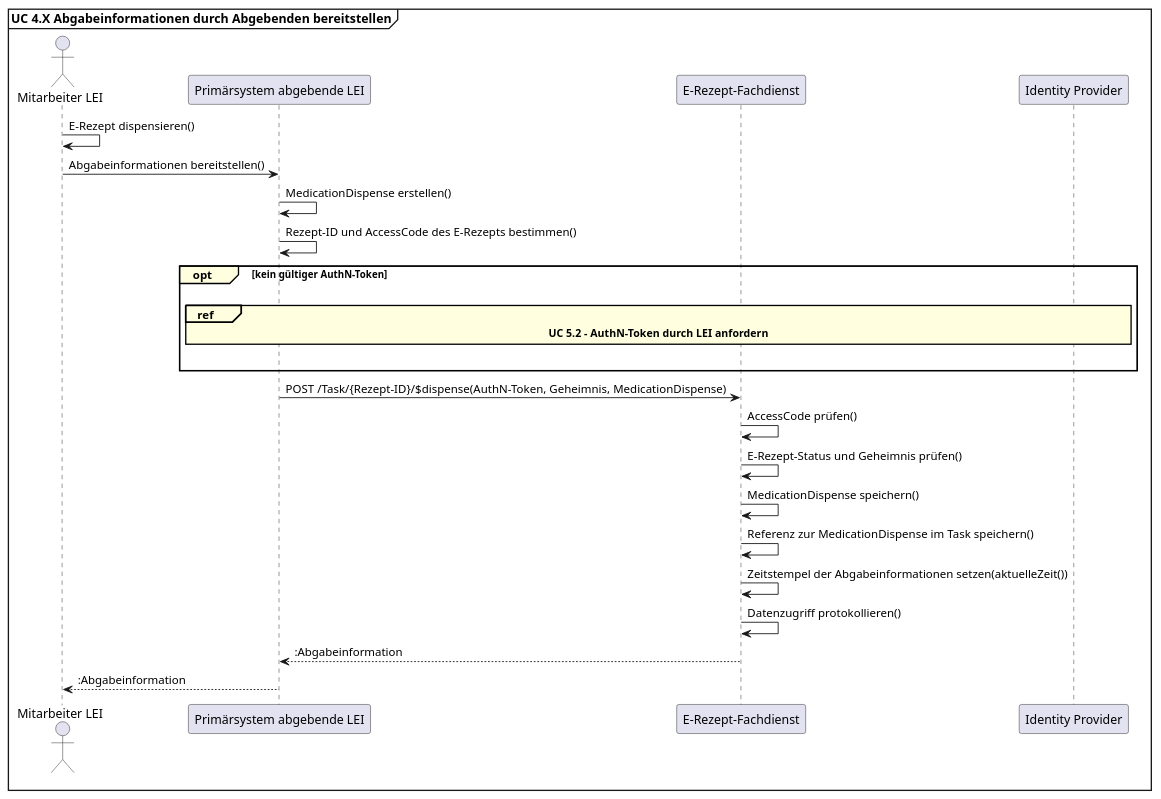
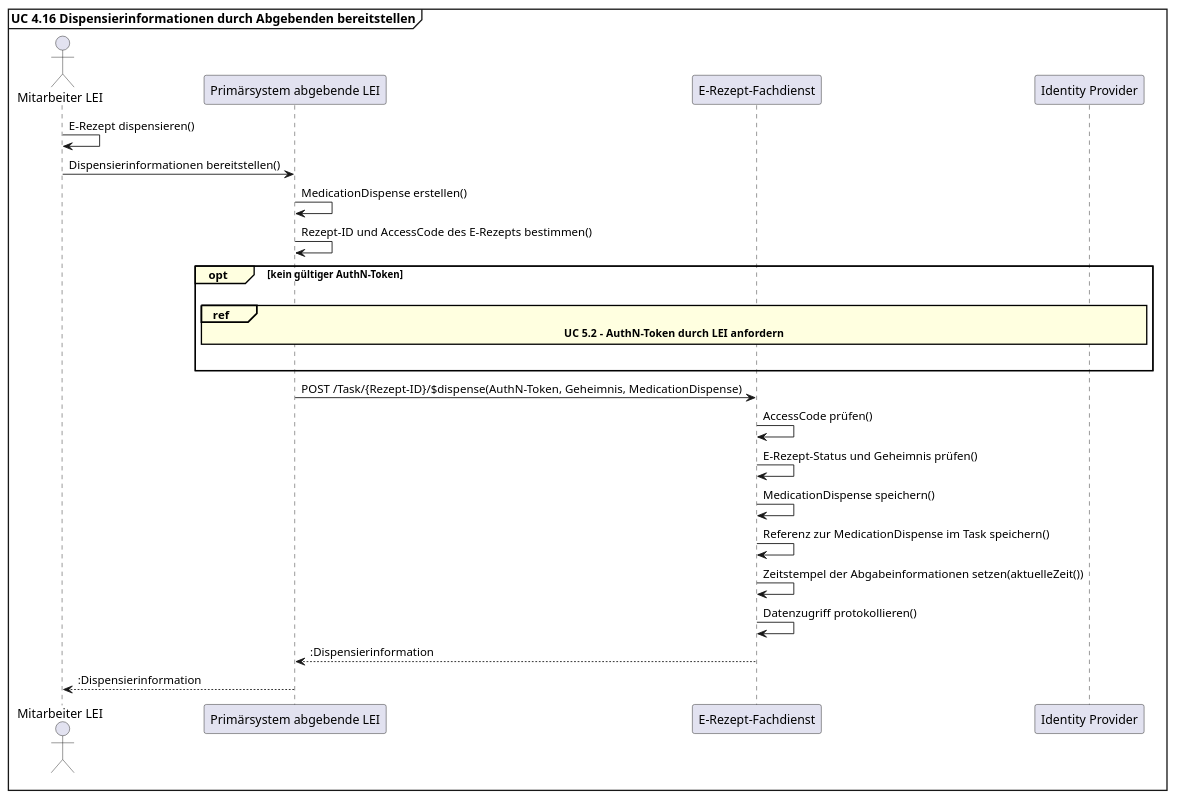
The diagram in puml/uc_abgabeinformationen_bereitstellen.puml (gematik/api-erp), drawn with PlantUML before and after one commit. The commit also changed 1 other file, not shown here.

Commit message:
update betitelung dispensierinformationen

```diff
--- a/puml/uc_abgabeinformationen_bereitstellen.puml
+++ b/puml/uc_abgabeinformationen_bereitstellen.puml
@@ -1,30 +1,30 @@
-@startuml Abgabeinformationen bereitstellen
+@startuml Dispensierinformationen bereitstellen
 skinparam sequenceReferenceBackgroundColor LightYellow
-mainframe **UC 4.X Abgabeinformationen durch Abgebenden bereitstellen**
+mainframe **UC 4.16 Dispensierinformationen durch Abgebenden bereitstellen**
 
 actor "Mitarbeiter LEI" as Apotheker
 participant "Primärsystem abgebende LEI" as AVS
 participant "E-Rezept-Fachdienst" as FD
 participant "Identity Provider" as IDP
 
 Apotheker -> Apotheker: E-Rezept dispensieren()
-Apotheker -> AVS: Abgabeinformationen bereitstellen()
+Apotheker -> AVS: Dispensierinformationen bereitstellen()
 AVS -> AVS: MedicationDispense erstellen()
 AVS -> AVS: Rezept-ID und AccessCode des E-Rezepts bestimmen()
 opt#LightYellow kein gültiger AuthN-Token
 |||
 ref#LightYellow over FD, AVS, IDP: <b>UC 5.2 - AuthN-Token durch LEI anfordern</b>
 |||
 end
 AVS -> FD: POST /Task/{Rezept-ID}/$dispense(AuthN-Token, Geheimnis, MedicationDispense)
 
 FD -> FD: AccessCode prüfen()
 FD -> FD: E-Rezept-Status und Geheimnis prüfen()
 FD -> FD: MedicationDispense speichern()
 FD -> FD: Referenz zur MedicationDispense im Task speichern()
 FD -> FD: Zeitstempel der Abgabeinformationen setzen(aktuelleZeit())
 FD -> FD: Datenzugriff protokollieren()
-FD --> AVS: :Abgabeinformation
-AVS --> Apotheker: :Abgabeinformation
+FD --> AVS: :Dispensierinformation
+AVS --> Apotheker: :Dispensierinformation
 
 @enduml
```
